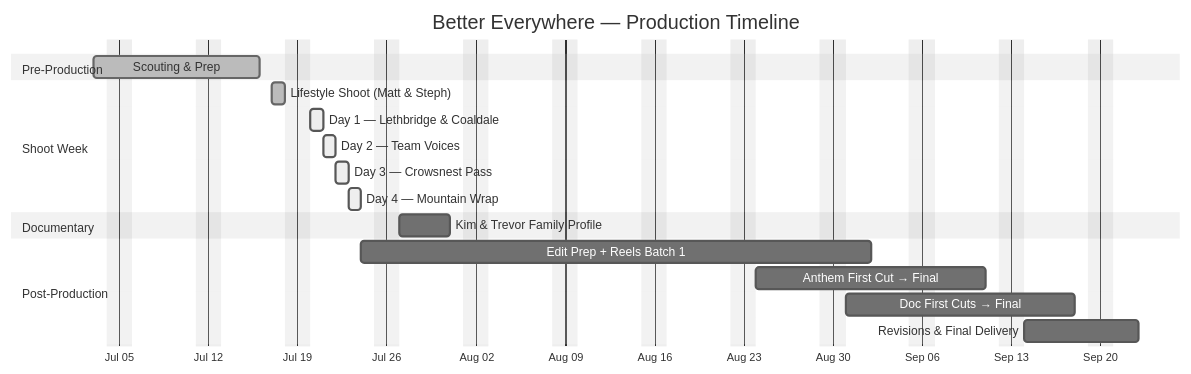
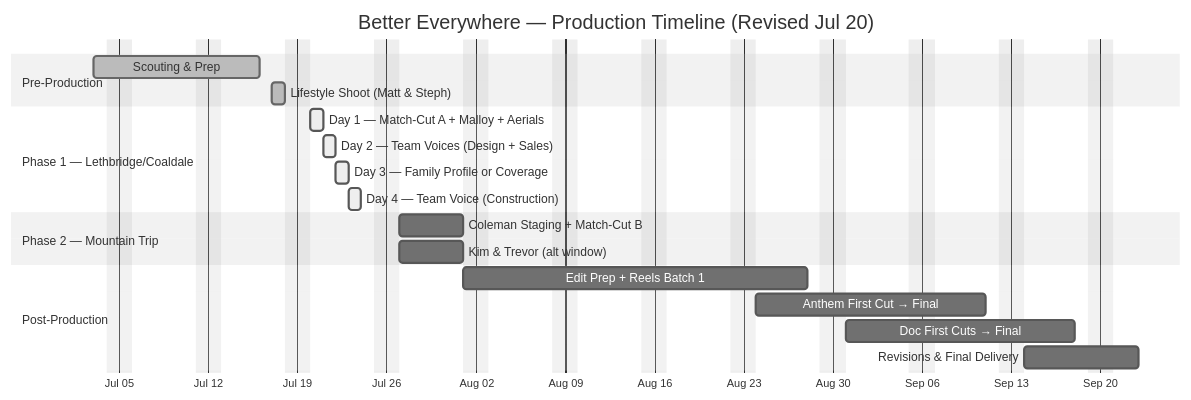
The diagram in src/content/portal/stranville-living/production-plan.mdx (mwarf/coalbanks-portal), drawn with Mermaid (neutral theme) before and after one commit. The commit also changed other lines of this file, not shown here.

````diff
--- a/src/content/portal/stranville-living/production-plan.mdx
+++ b/src/content/portal/stranville-living/production-plan.mdx
@@ -53,27 +64,28 @@
 ```mermaid
 gantt
-title Better Everywhere — Production Timeline
+title Better Everywhere — Production Timeline (Revised Jul 20)
 dateFormat YYYY-MM-DD
 axisFormat %b %d
 tickInterval 1week
 excludes weekends
 
 section Pre-Production
 Scouting & Prep           :done, scout, 2026-07-03, 2026-07-16
+Lifestyle Shoot (Matt & Steph) :done, lifestyle, 2026-07-17, 1d
 
-section Shoot Week
-Lifestyle Shoot (Matt & Steph) :done, lifestyle, 2026-07-17, 1d
-Day 1 — Lethbridge & Coaldale :active, day1, 2026-07-20, 1d
-Day 2 — Team Voices          :active, day2, 2026-07-21, 1d
-Day 3 — Crowsnest Pass       :active, day3, 2026-07-22, 1d
-Day 4 — Mountain Wrap        :active, day4, 2026-07-23, 1d
+section Phase 1 — Lethbridge/Coaldale
+Day 1 — Match-Cut A + Malloy + Aerials :active, day1, 2026-07-20, 1d
+Day 2 — Team Voices (Design + Sales)  :active, day2, 2026-07-21, 1d
+Day 3 — Family Profile or Coverage    :active, day3, 2026-07-22, 1d
+Day 4 — Team Voice (Construction)     :active, day4, 2026-07-23, 1d
 
-section Documentary
-Kim & Trevor Family Profile :doc, 2026-07-27, 4d
+section Phase 2 — Mountain Trip
+Coleman Staging + Match-Cut B        :mtn, 2026-07-27, 5d
+Kim & Trevor (alt window)            :mtn, 2026-07-27, 5d
 
 section Post-Production
-Edit Prep + Reels Batch 1  :post1, 2026-07-24, 28d
+Edit Prep + Reels Batch 1  :post1, 2026-08-01, 20d
 Anthem First Cut → Final   :post2, 2026-08-24, 14d
 Doc First Cuts → Final     :post3, 2026-08-31, 14d
 Revisions & Final Delivery :post4, 2026-09-14, 7d
 ```
````
